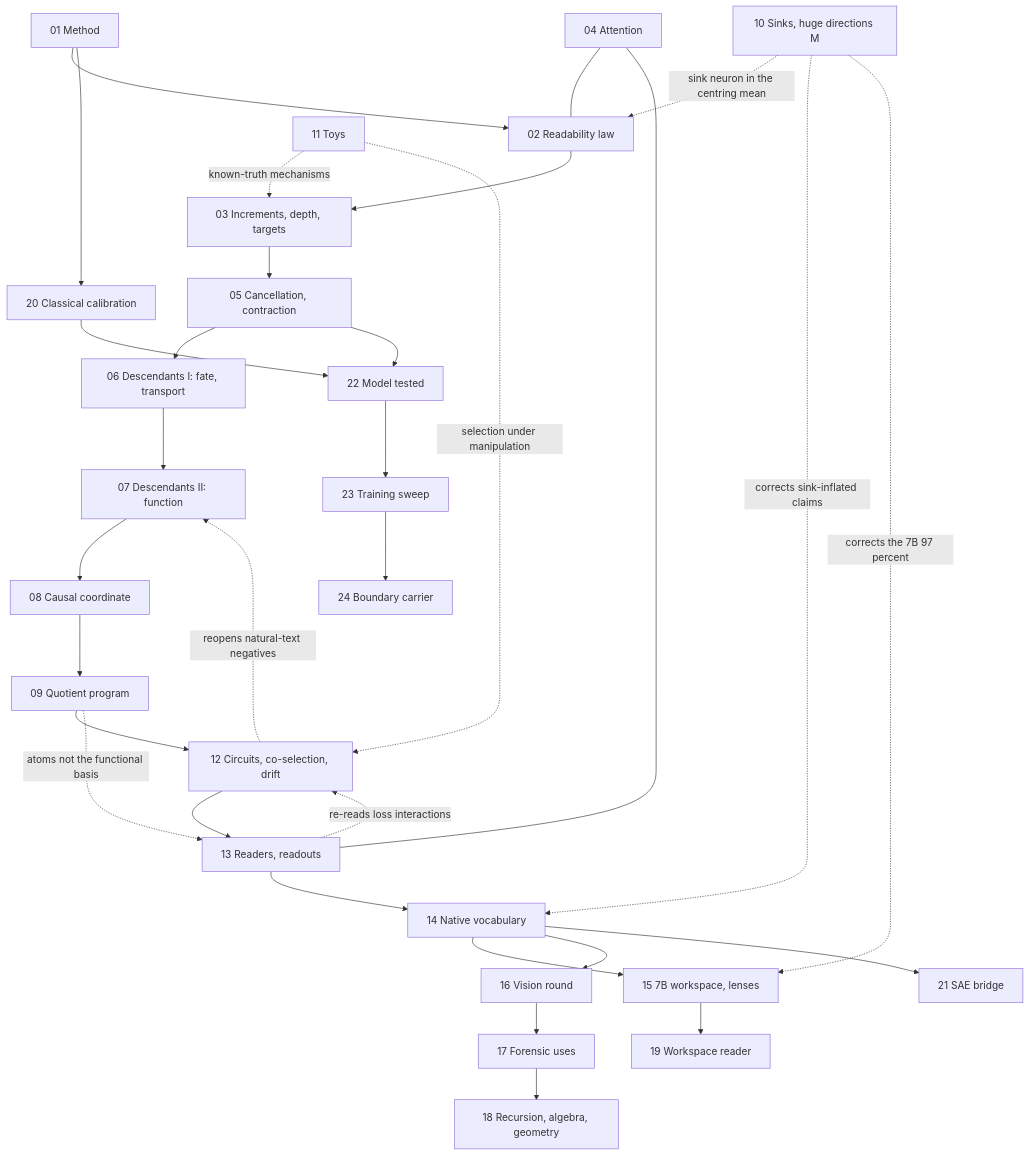
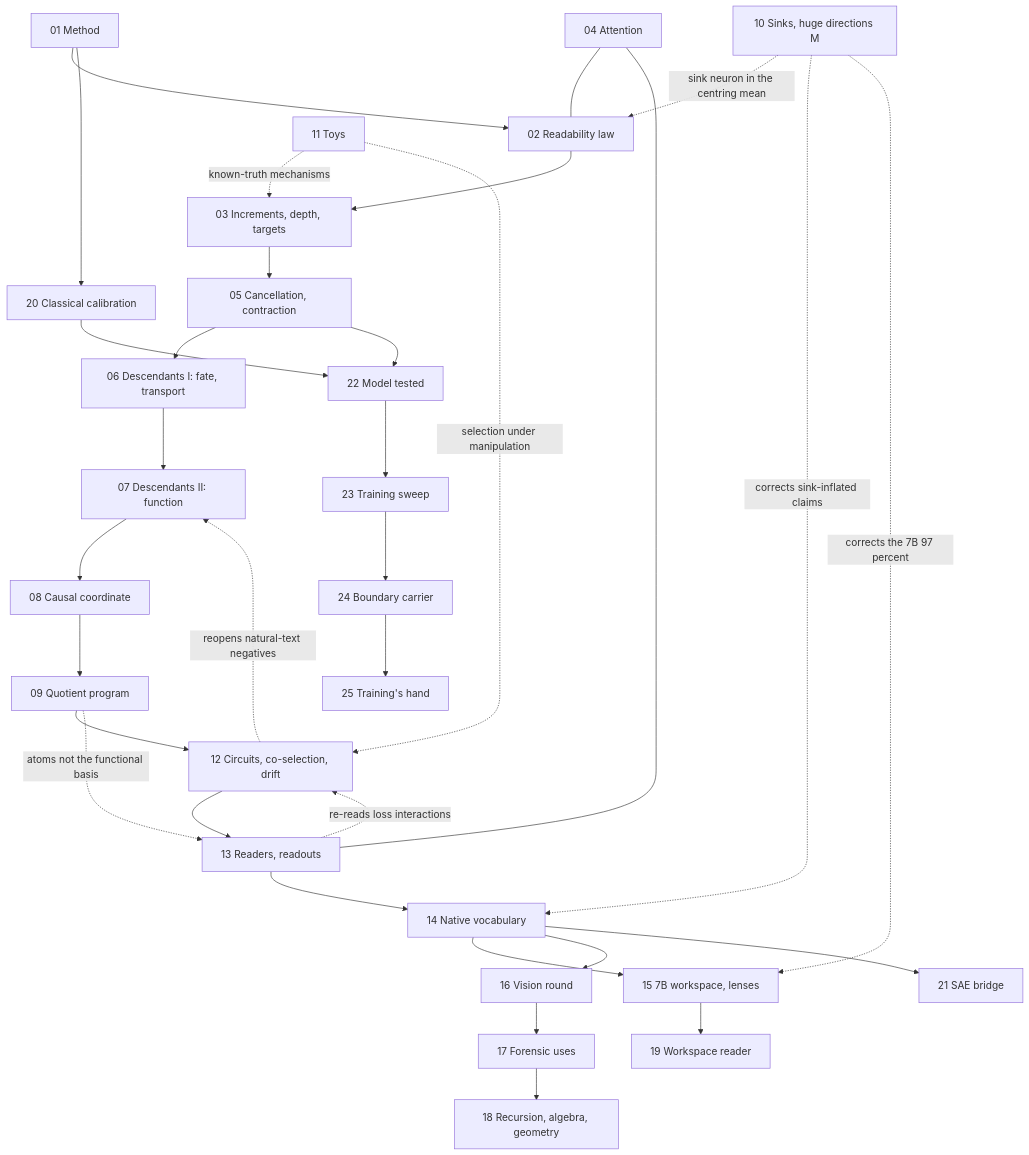
The diagram in docs/ATLAS.md (sunmoonron/wdd-descendants), drawn with Mermaid before and after one commit. The commit also changed other lines of this file and 31 other files, not shown here.

````diff
--- a/docs/ATLAS.md
+++ b/docs/ATLAS.md
@@ -75,34 +76,35 @@
 ```mermaid
 flowchart TD
   A01["01 Method"] --> A02["02 Readability law"]
   A02 --> A03["03 Increments, depth, targets"]
   A03 --> A05["05 Cancellation, contraction"]
   A05 --> A06["06 Descendants I: fate, transport"]
   A06 --> A07["07 Descendants II: function"]
   A07 --> A08["08 Causal coordinate"]
   A08 --> A09["09 Quotient program"]
   A09 --> A12["12 Circuits, co-selection, drift"]
   A12 --> A13["13 Readers, readouts"]
   A13 --> A14["14 Native vocabulary"]
   A14 --> A15["15 7B workspace, lenses"]
   A14 --> A16["16 Vision round"]
   A16 --> A17["17 Forensic uses"]
   A17 --> A18["18 Recursion, algebra, geometry"]
   A15 --> A19["19 Workspace reader"]
   A01 --> A20["20 Classical calibration"]
   A14 --> A21["21 SAE bridge"]
   A20 --> A22["22 Model tested"]
   A22 --> A23["23 Training sweep"]
   A23 --> A24["24 Boundary carrier"]
+  A24 --> A25["25 Training's hand"]
   A05 --> A22
   A04["04 Attention"] --- A02
   A04 --- A13
   A10["10 Sinks, huge directions M"] -.->|sink neuron in the centring mean| A02
   A10 -.->|corrects sink-inflated claims| A14
   A10 -.->|corrects the 7B 97 percent| A15
   A11["11 Toys"] -.->|known-truth mechanisms| A03
   A11 -.->|selection under manipulation| A12
   A12 -.->|reopens natural-text negatives| A07
   A13 -.->|re-reads loss interactions| A12
   A09 -.->|atoms not the functional basis| A13
 ```
````
